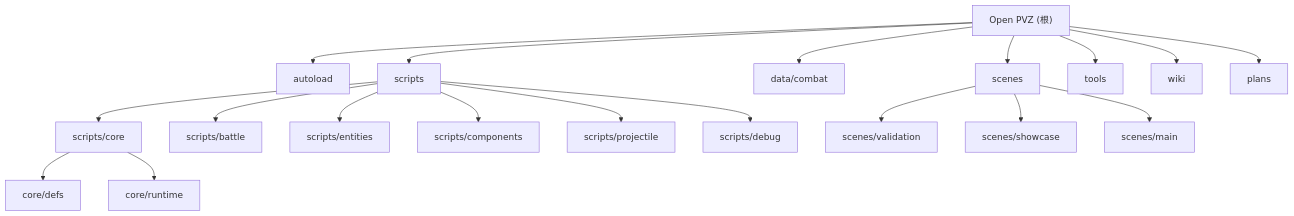
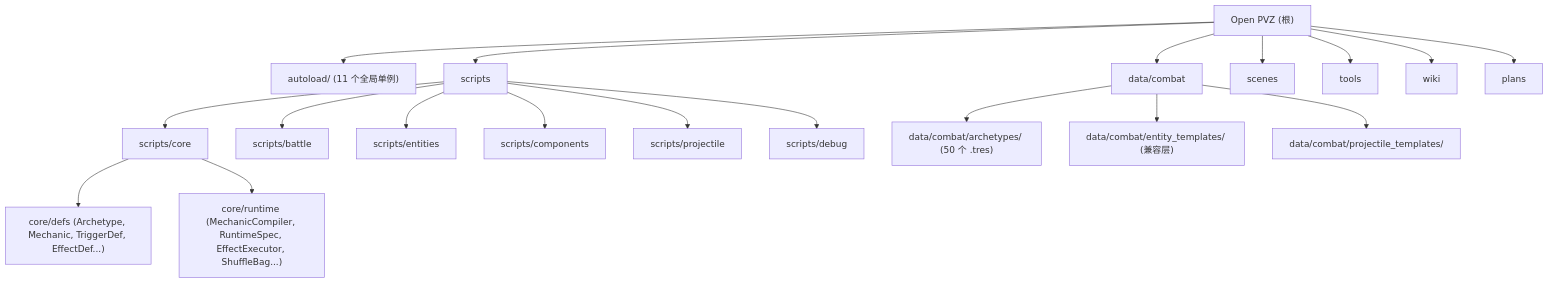
Before and after one commit to Abgetrennter/open_pvz: the diagram in CLAUDE.md, drawn with Mermaid. The commit also changed other lines of this file, not shown here.

Commit message:
CLAUDE.md: sync with Mechanic-first code state (11 autoloads, 50 archetypes, 66+ validations)

````diff
--- a/CLAUDE.md
+++ b/CLAUDE.md
@@ -61,33 +72,32 @@
 ```mermaid
 graph TD
-    Root["Open PVZ (根)"] --> Autoload["autoload"]
+    Root["Open PVZ (根)"] --> Autoload["autoload/ (11 个全局单例)"]
     Root --> Scripts["scripts"]
     Root --> Data["data/combat"]
     Root --> Scenes["scenes"]
     Root --> Tools["tools"]
     Root --> Wiki["wiki"]
     Root --> Plans["plans"]
 
     Scripts --> Core["scripts/core"]
     Scripts --> Battle["scripts/battle"]
     Scripts --> Entities["scripts/entities"]
     Scripts --> Components["scripts/components"]
     Scripts --> Projectile["scripts/projectile"]
     Scripts --> Debug["scripts/debug"]
 
-    Core --> CoreDefs["core/defs"]
-    Core --> CoreRuntime["core/runtime"]
+    Core --> CoreDefs["core/defs (Archetype, Mechanic, TriggerDef, EffectDef...)"]
+    Core --> CoreRuntime["core/runtime (MechanicCompiler, RuntimeSpec, EffectExecutor, ShuffleBag...)"]
 
-    Scenes --> ScenesValidation["scenes/validation"]
-    Scenes --> ScenesShowcase["scenes/showcase"]
-    Scenes --> ScenesMain["scenes/main"]
+    Data --> Archetypes["data/combat/archetypes/ (50 个 .tres)"]
+    Data --> Templates["data/combat/entity_templates/ (兼容层)"]
+    Data --> Projectiles["data/combat/projectile_templates/"]
 
     click Autoload "./autoload/CLAUDE.md" "查看 autoload 模块文档"
     click Core "./scripts/core/CLAUDE.md" "查看 core 模块文档"
     click Battle "./scripts/battle/CLAUDE.md" "查看 battle 模块文档"
     click Entities "./scripts/entities/CLAUDE.md" "查看 entities 模块文档"
     click Components "./scripts/components/CLAUDE.md" "查看 components 模块文档"
     click Projectile "./scripts/projectile/CLAUDE.md" "查看 projectile 模块文档"
     click Data "./data/combat/CLAUDE.md" "查看 data/combat 模块文档"
-    click ScenesValidation "./scenes/validation/CLAUDE.md" "查看 validation 模块文档"
 ```
````
